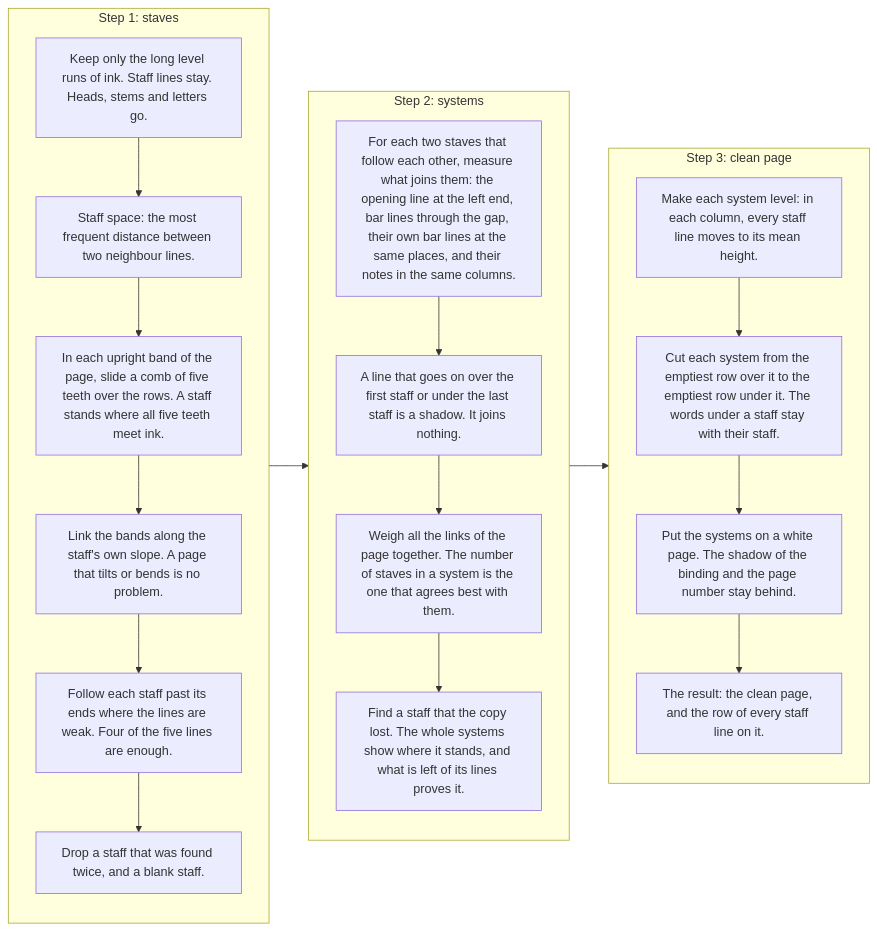
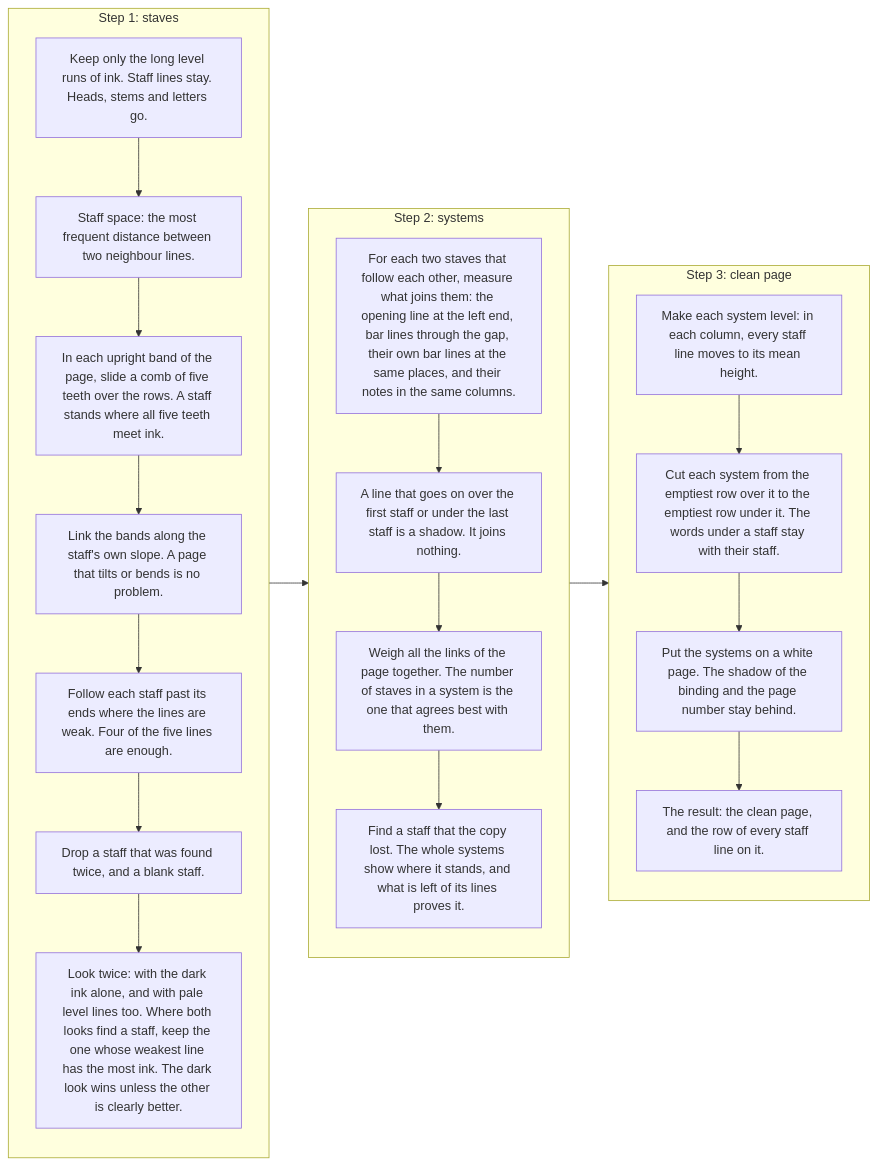
One commit to sweet-cicero/ScoreReader changed the second of 10 diagrams in README.md. Above: the diagram before and after it, drawn with Mermaid. The commit also changed other lines of this file and 2 other files, not shown here.

````diff
--- a/README.md
+++ b/README.md
@@ -69,30 +69,31 @@
 ```mermaid
 flowchart LR
     subgraph one["Step 1: staves"]
         direction TB
         s1["Keep only the long level runs of ink. Staff lines stay. Heads, stems and letters go."]
         s2["Staff space: the most frequent distance between two neighbour lines."]
         s3["In each upright band of the page, slide a comb of five teeth over the rows. A staff stands where all five teeth meet ink."]
         s4["Link the bands along the staff's own slope. A page that tilts or bends is no problem."]
         s5["Follow each staff past its ends where the lines are weak. Four of the five lines are enough."]
         s6["Drop a staff that was found twice, and a blank staff."]
-        s1 --> s2 --> s3 --> s4 --> s5 --> s6
+        s7["Look twice: with the dark ink alone, and with pale level lines too. Where both looks find a staff, keep the one whose weakest line has the most ink. The dark look wins unless the other is clearly better."]
+        s1 --> s2 --> s3 --> s4 --> s5 --> s6 --> s7
     end
     subgraph two["Step 2: systems"]
         direction TB
         y1["For each two staves that follow each other, measure what joins them: the opening line at the left end, bar lines through the gap, their own bar lines at the same places, and their notes in the same columns."]
         y2["A line that goes on over the first staff or under the last staff is a shadow. It joins nothing."]
         y3["Weigh all the links of the page together. The number of staves in a system is the one that agrees best with them."]
         y4["Find a staff that the copy lost. The whole systems show where it stands, and what is left of its lines proves it."]
         y1 --> y2 --> y3 --> y4
     end
     subgraph three["Step 3: clean page"]
         direction TB
         c1["Make each system level: in each column, every staff line moves to its mean height."]
         c2["Cut each system from the emptiest row over it to the emptiest row under it. The words under a staff stay with their staff."]
         c3["Put the systems on a white page. The shadow of the binding and the page number stay behind."]
         c4["The result: the clean page, and the row of every staff line on it."]
         c1 --> c2 --> c3 --> c4
     end
     one --> two --> three
 ```
````
